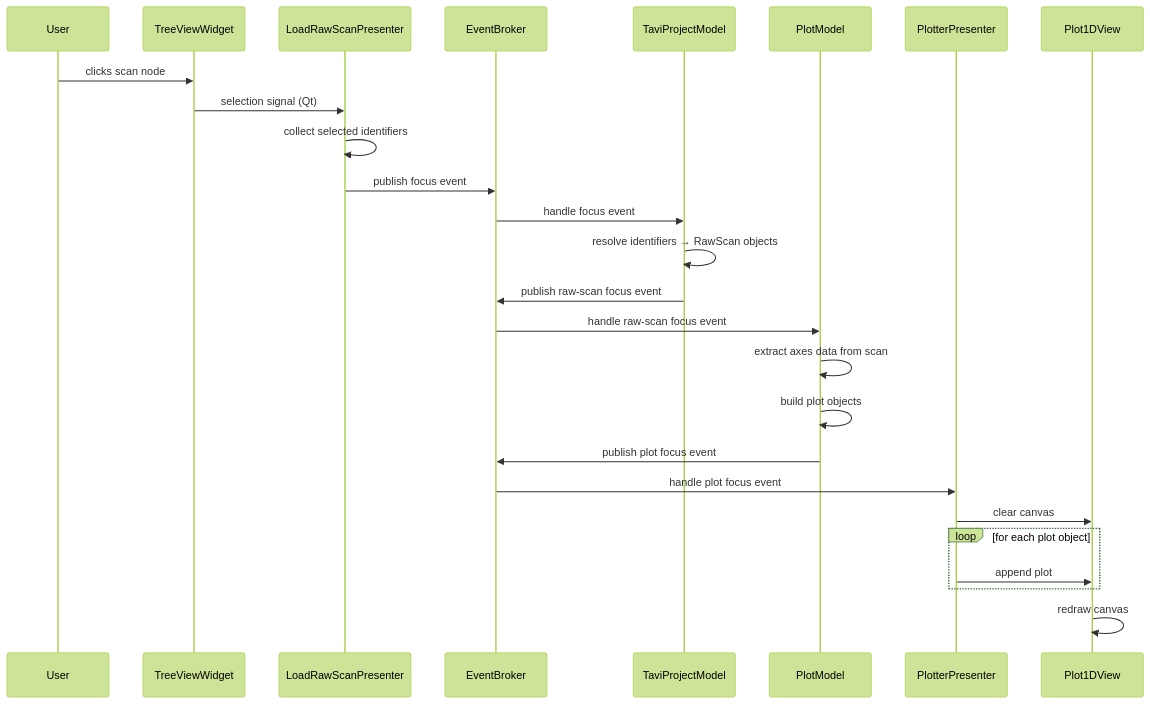
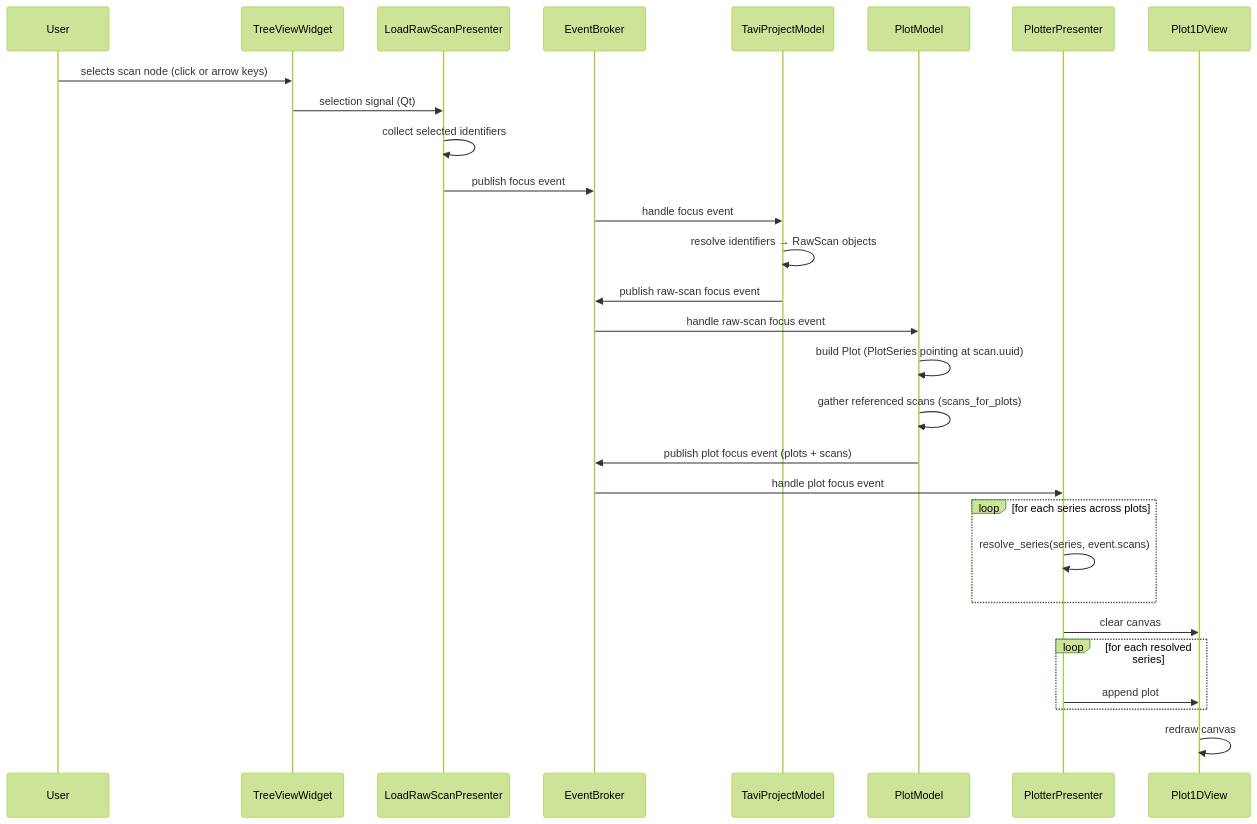
Before and after one commit to neutrons/TAVI: the first of 2 diagrams in docs/source/design/frontend/visualization_flow.rst, drawn with Mermaid (forest theme). The commit also changed other lines of this file and 26 other files, not shown here.

```diff
--- a/docs/source/design/frontend/visualization_flow.rst
+++ b/docs/source/design/frontend/visualization_flow.rst
@@ -38,32 +45,35 @@
 .. mermaid::
 
     sequenceDiagram
         participant User
         participant TreeViewWidget
         participant LoadRawScanPresenter
         participant EventBroker
         participant TaviProjectModel
         participant PlotModel
         participant PlotterPresenter
         participant Plot1DView
 
-        User ->> TreeViewWidget: clicks scan node
+        User ->> TreeViewWidget: selects scan node (click or arrow keys)
         TreeViewWidget ->> LoadRawScanPresenter: selection signal (Qt)
         LoadRawScanPresenter ->> LoadRawScanPresenter: collect selected identifiers
         LoadRawScanPresenter ->> EventBroker: publish focus event
 
         EventBroker ->> TaviProjectModel: handle focus event
         TaviProjectModel ->> TaviProjectModel: resolve identifiers → RawScan objects
         TaviProjectModel ->> EventBroker: publish raw-scan focus event
 
         EventBroker ->> PlotModel: handle raw-scan focus event
-        PlotModel ->> PlotModel: extract axes data from scan
-        PlotModel ->> PlotModel: build plot objects
-        PlotModel ->> EventBroker: publish plot focus event
+        PlotModel ->> PlotModel: build Plot (PlotSeries pointing at scan.uuid)
+        PlotModel ->> PlotModel: gather referenced scans (scans_for_plots)
+        PlotModel ->> EventBroker: publish plot focus event (plots + scans)
 
         EventBroker ->> PlotterPresenter: handle plot focus event
+        loop for each series across plots
+            PlotterPresenter ->> PlotterPresenter: resolve_series(series, event.scans)
+        end
         PlotterPresenter ->> Plot1DView: clear canvas
-        loop for each plot object
+        loop for each resolved series
             PlotterPresenter ->> Plot1DView: append plot
         end
         Plot1DView ->> Plot1DView: redraw canvas
```
